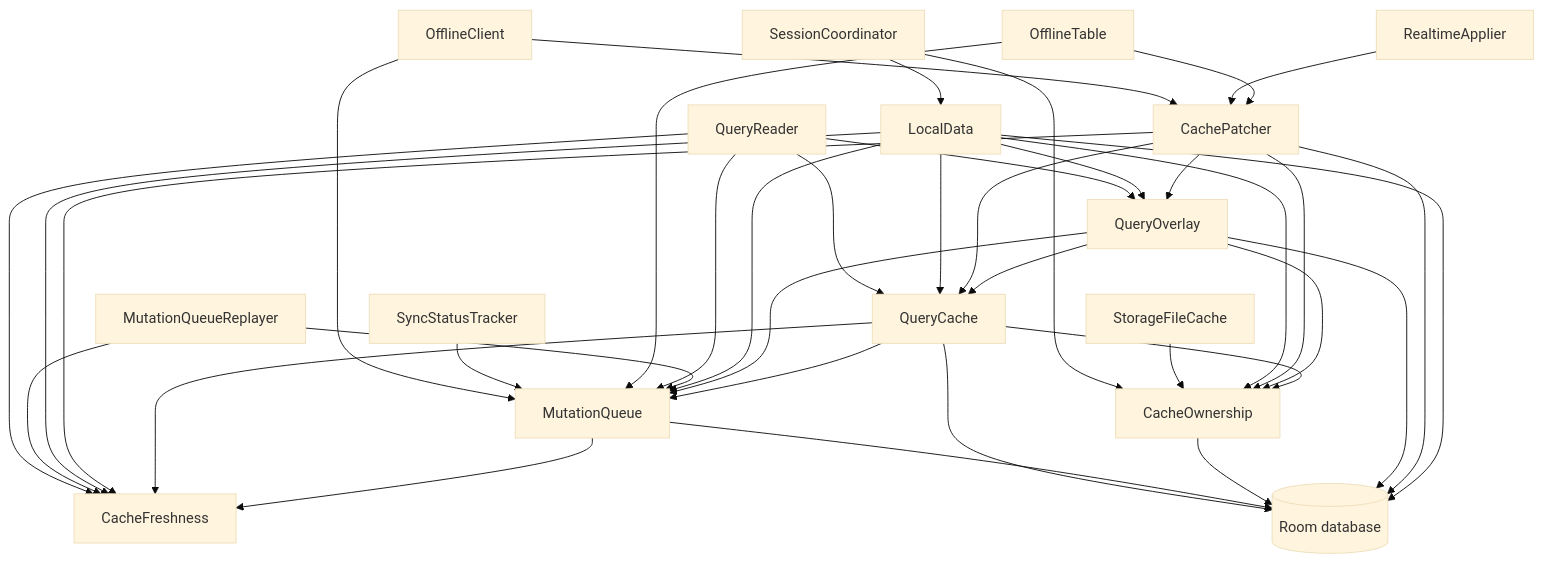
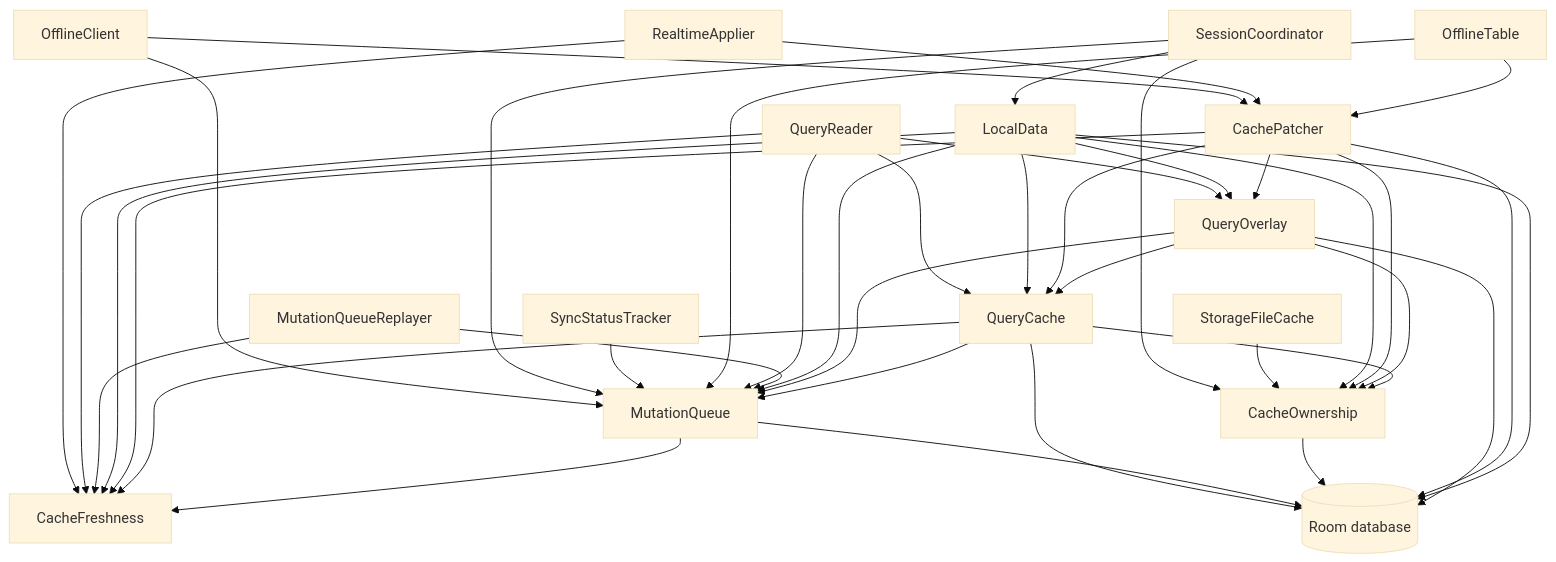
Before and after one commit to nesfeder/supabase-offline-kt: the second of 4 diagrams in docs/project/architecture.md, drawn with Mermaid (base theme). The commit also changed other lines of this file and 2 other files, not shown here.

````diff
--- a/docs/project/architecture.md
+++ b/docs/project/architecture.md
@@ -698,40 +699,42 @@
 ```mermaid
 flowchart TB
     SC["SessionCoordinator"] --> LD["LocalData"]
     OC["OfflineClient"] --> CP["CachePatcher"]
     OC --> MQ["MutationQueue"]
     SC --> CO["CacheOwnership"]
+    SC --> MQ
     RA["RealtimeApplier"] --> CP
+    RA --> CF
     ST["SyncStatusTracker"] --> MQ
     T["OfflineTable"] --> MQ
     T --> CP
     QR["QueryReader"] --> QO["QueryOverlay"]
     QR --> QC["QueryCache"]
     QR --> MQ
     QR --> CF["CacheFreshness"]
     R["MutationQueueReplayer"] --> MQ
     R --> CF
     FC["StorageFileCache"] --> CO
     LD --> QO
     LD --> QC
     LD --> MQ
     LD --> CO
     LD --> CF["CacheFreshness"]
     CP --> QO
     CP --> QC
     CP --> CO
     CP --> CF
     QO --> QC
     QO --> MQ
     QO --> CO
     QC --> MQ
     QC --> CO
     QC --> CF
     MQ --> CF
     QC --> DB[("Room database")]
     MQ --> DB
     CO --> DB
     QO --> DB
     CP --> DB
     LD --> DB
 ```
````
